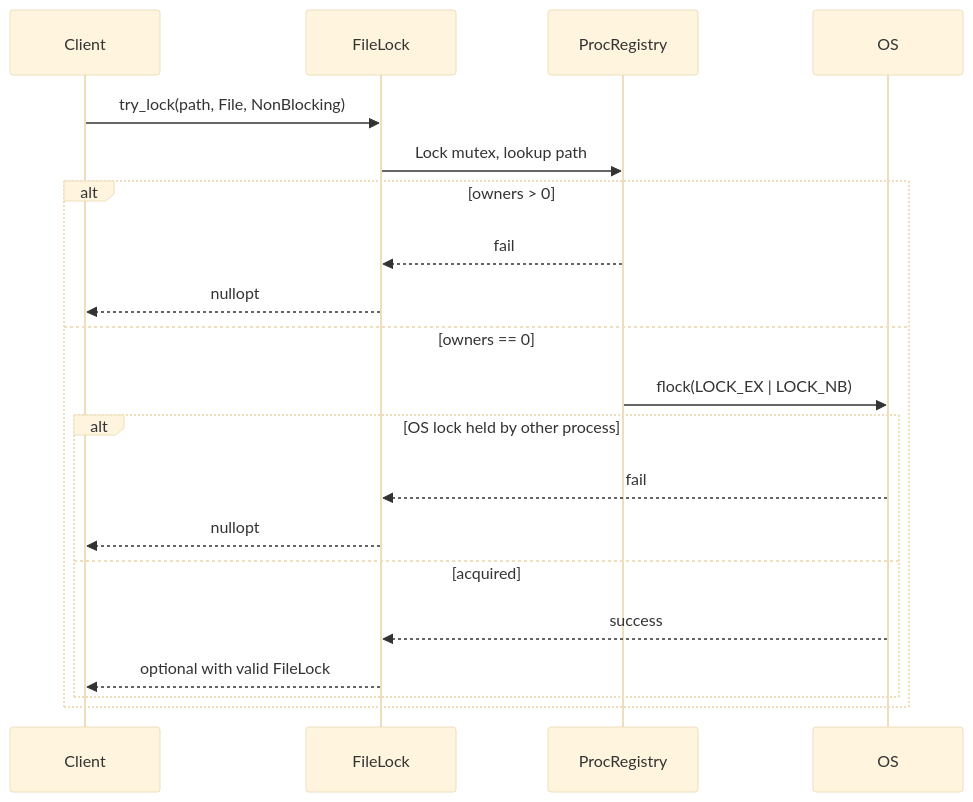
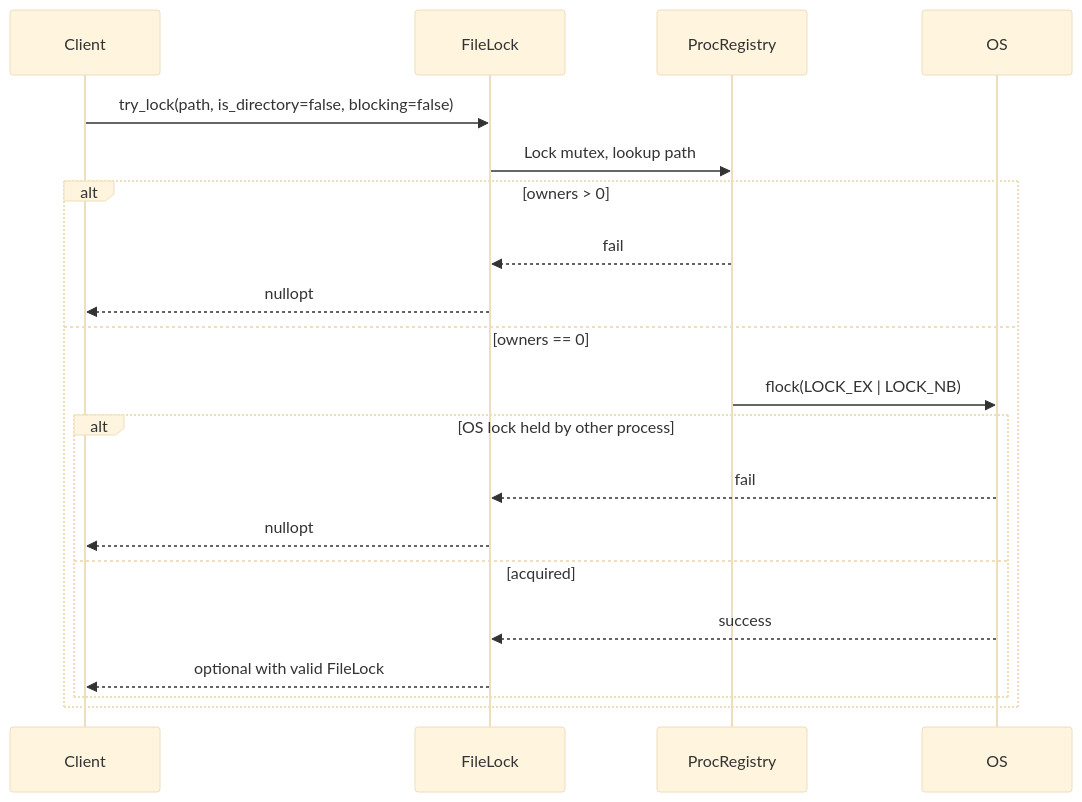
One commit to Qing-LAB/pylabhub changed the fifth of 5 diagrams in docs/HEP/HEP-CORE-0003-cross-platform-filelock.md. Above: the diagram before and after it, drawn with Mermaid (base theme). The commit also changed other lines of this file and 90 other files, not shown here.

````diff
--- a/docs/HEP/HEP-CORE-0003-cross-platform-filelock.md
+++ b/docs/HEP/HEP-CORE-0003-cross-platform-filelock.md
@@ -252,23 +252,23 @@
 ```mermaid
 sequenceDiagram
     participant Client
     participant FileLock
     participant ProcRegistry
     participant OS
 
-    Client->>FileLock: try_lock(path, File, NonBlocking)
+    Client->>FileLock: try_lock(path, is_directory=false, blocking=false)
     FileLock->>ProcRegistry: Lock mutex, lookup path
     alt owners > 0
         ProcRegistry-->>FileLock: fail
         FileLock-->>Client: nullopt
     else owners == 0
         ProcRegistry->>OS: flock(LOCK_EX | LOCK_NB)
         alt OS lock held by other process
             OS-->>FileLock: fail
             FileLock-->>Client: nullopt
         else acquired
             OS-->>FileLock: success
             FileLock-->>Client: optional with valid FileLock
         end
     end
 ```
````
